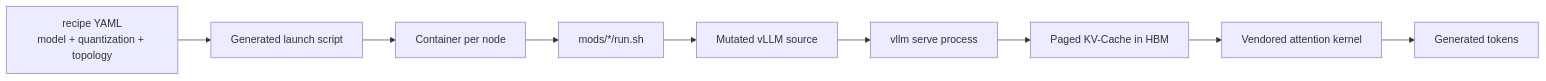
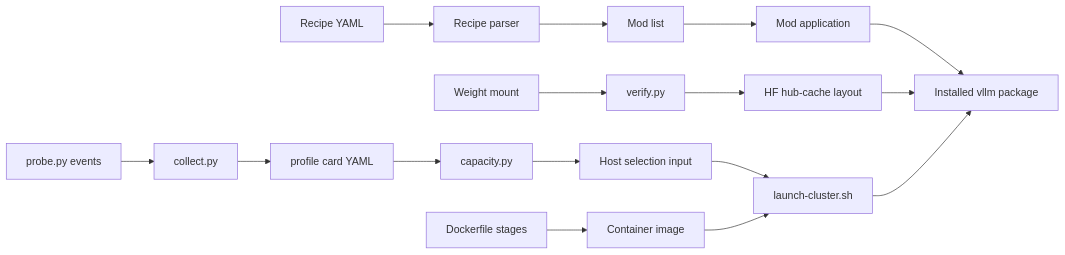
Diagram 11 of 12 in deepwiki-rs-docs/2.Architecture.md (jpfulton-fultonengineeringservices/spark-vllm-docker), drawn with Mermaid before and after one commit. The commit also changed other lines of this file and 156 other files, not shown here.

````diff
--- a/deepwiki-rs-docs/2.Architecture.md
+++ b/deepwiki-rs-docs/2.Architecture.md
@@ -516,11 +604,18 @@
 ```mermaid
 graph LR
-    Recipe["recipe YAML<br/>model + quantization + topology"] --> Launch["Generated launch script"]
-    Launch --> Container["Container per node"]
-    Container --> Mods["mods/*/run.sh"]
-    Mods --> Source["Mutated vLLM source"]
-    Source --> Server["vllm serve process"]
-    Server --> KVCache["Paged KV-Cache in HBM"]
-    KVCache --> Kernel["Vendored attention kernel"]
-    Kernel --> Tokens["Generated tokens"]
+    YML["Recipe YAML"] --> PARSE["Recipe parser"]
+    PARSE --> MODL["Mod list"]
+    MODL --> APPL["Mod application"]
+    APPL --> VL["Installed vllm package"]
+    WT["Weight mount"] --> VER["verify.py"]
+    VER --> HC["HF hub-cache layout"]
+    HC --> VL
+    PROBE["probe.py events"] --> COL["collect.py"]
+    COL --> CARD["profile card YAML"]
+    CARD --> CAP["capacity.py"]
+    CAP --> HOST["Host selection input"]
+    HOST --> LAUNCH["launch-cluster.sh"]
+    BUILD["Dockerfile stages"] --> IMG["Container image"]
+    IMG --> LAUNCH
+    LAUNCH --> VL
 ```
````
